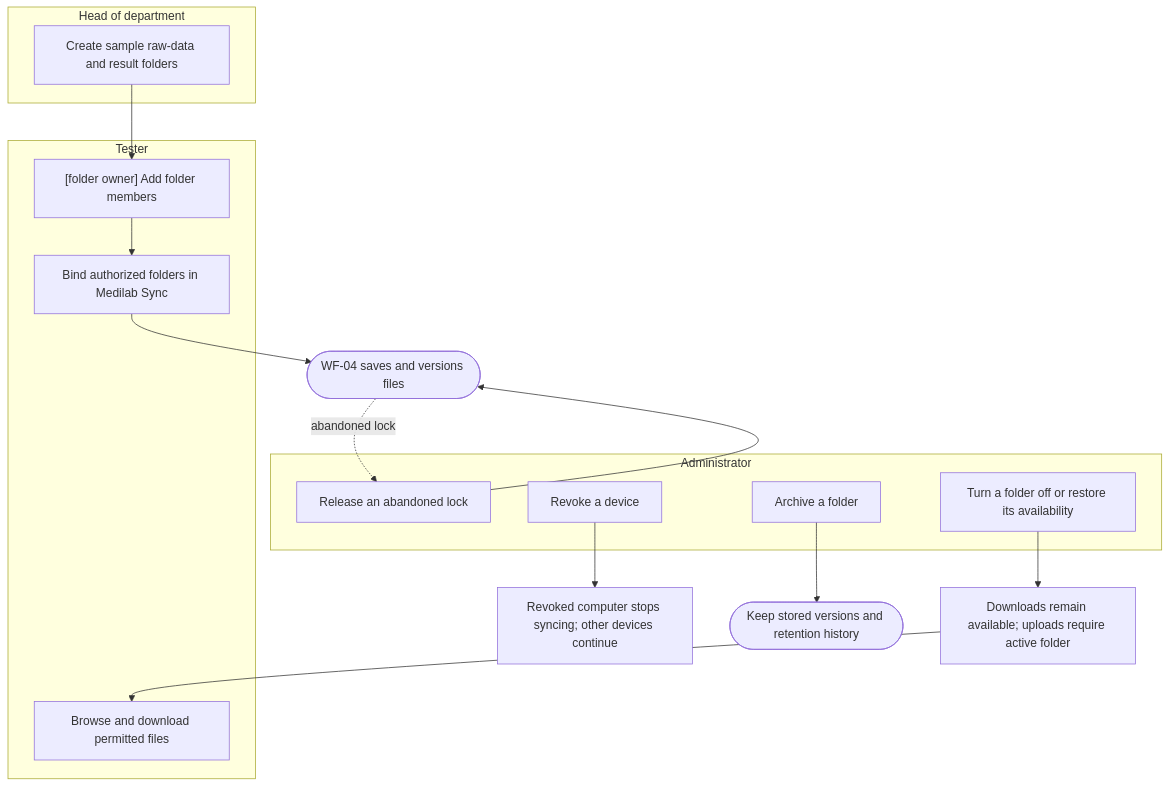
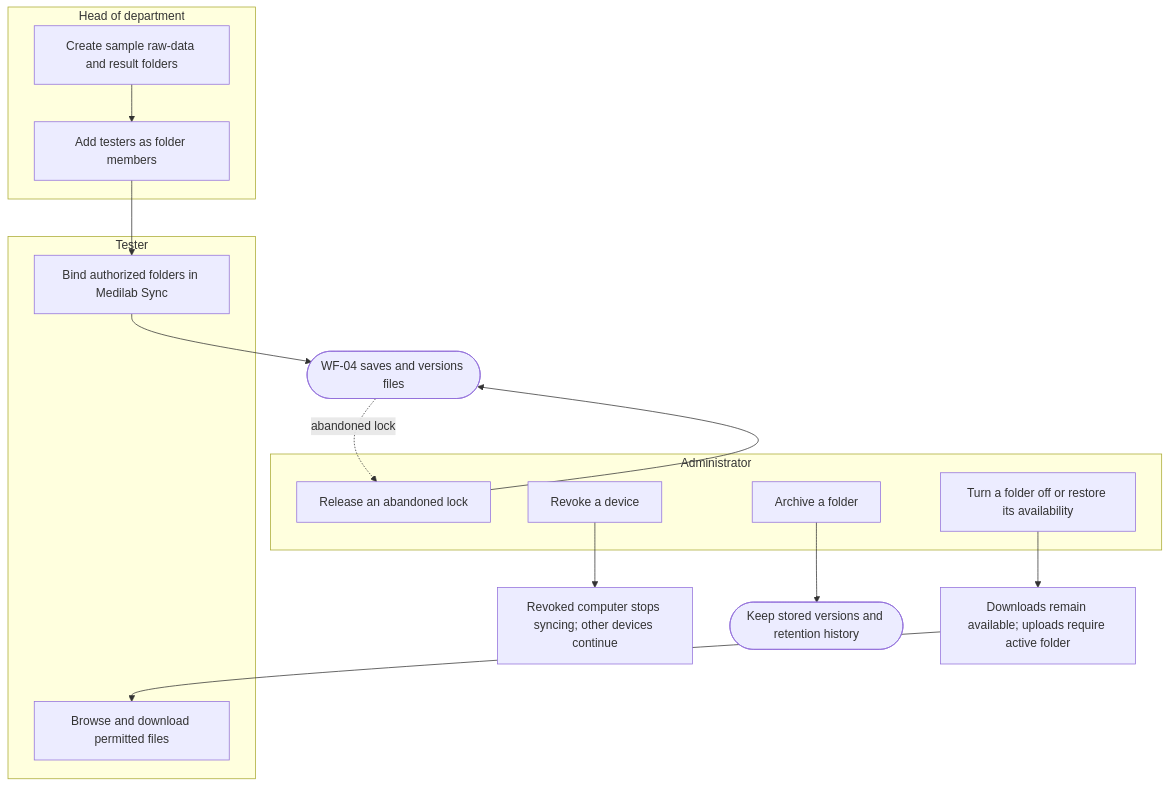
One commit to SoltuneMontepre/medilab changed diagram 17 of 17 in docs/functional/business-flows.md. Above: the diagram before and after it, drawn with Mermaid. The commit also changed other lines of this file and 10 other files, not shown here.

Commit message:
[docs] Add the missing entries and owner steps to the SF-04, SF-05, SF-10 and SF-11 diagrams

````diff
--- a/docs/functional/business-flows.md
+++ b/docs/functional/business-flows.md
@@ -789,23 +791,23 @@
 ```mermaid
 flowchart TD
     subgraph lane70 ["Head of department"]
-        h1[Create sample raw-data and result folders]
+        h1[Create sample raw-data and result folders] --> h2[Add testers as folder members]
     end
     subgraph lane71 ["Tester"]
-        t1["[folder owner] Add folder members"] --> t2[Bind authorized folders in Medilab Sync]
+        t2[Bind authorized folders in Medilab Sync]
         t3[Browse and download permitted files]
     end
     subgraph lane72 ["Administrator"]
         a1[Release an abandoned lock]
         a2[Revoke a device]
         a3[Turn a folder off or restore its availability]
         a4[Archive a folder]
     end
-    h1 --> t1
+    h2 --> t2
     t2 --> work([WF-04 saves and versions files])
     work -.->|abandoned lock| a1 --> work
     a2 --> revoked[Revoked computer stops syncing; other devices continue]
     a3 --> downloads[Downloads remain available; uploads require active folder]
     downloads --> t3
     a4 --> retained([Keep stored versions and retention history])
 ```
````
